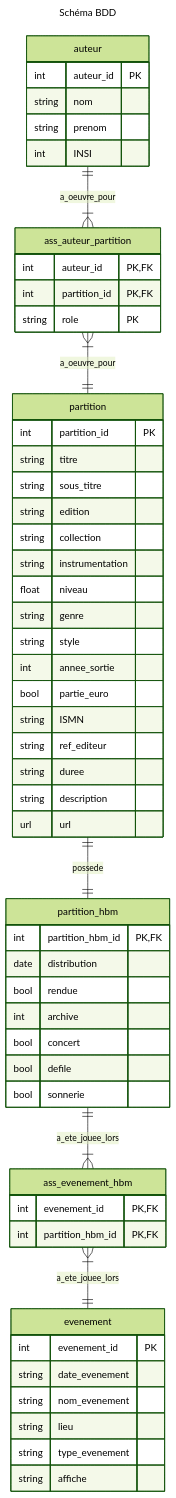
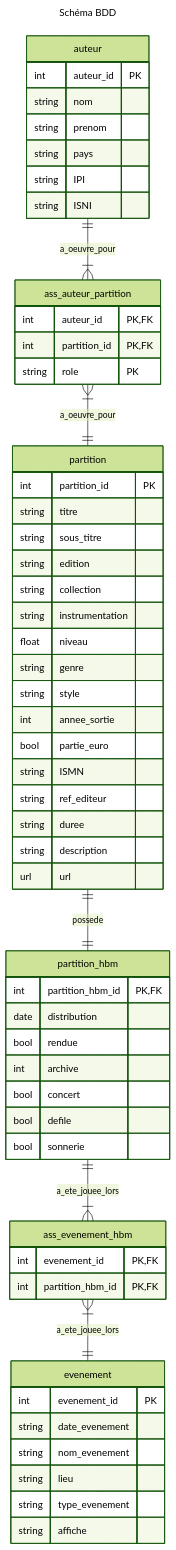
One commit to StephParc/certification changed the diagram in E4/schema.md. Above: the diagram before and after it, drawn with Mermaid (forest theme). The commit also changed 9 other files, not shown here.

````diff
--- a/E4/schema.md
+++ b/E4/schema.md
@@ -1,65 +1,67 @@
 ```mermaid
 ---
 title: Schéma BDD
 ---
 
 erDiagram
 
     auteur {
         int auteur_id PK
         string nom
         string prenom
-        int INSI
+        string pays
+        string IPI
+        string ISNI
     }
     partition{
         int partition_id PK
         string titre
         string sous_titre
         string edition
         string collection
         string instrumentation
         float niveau
         string genre
         string style
         int annee_sortie
         bool partie_euro
         string ISMN
         string ref_editeur
         string duree
         string description
         url url
     }
     partition_hbm {
         int partition_hbm_id PK, FK
         date distribution
         bool rendue
         int archive
         bool concert
         bool defile
         bool sonnerie 
     }
     evenement {
         int evenement_id PK
         string date_evenement
         string nom_evenement
         string lieu
         string type_evenement
         string affiche
     }
     ass_auteur_partition {
         int auteur_id PK, FK
         int partition_id PK, FK
         string role PK
     }
     ass_evenement_hbm {
         int evenement_id PK, FK
         int partition_hbm_id PK, FK
     }
 
     auteur ||--|{ ass_auteur_partition : a_oeuvre_pour
     ass_auteur_partition }|--|| partition : a_oeuvre_pour
     partition_hbm ||--|{ ass_evenement_hbm : a_ete_jouee_lors
     ass_evenement_hbm }|--|| evenement : a_ete_jouee_lors
     partition ||--|| partition_hbm : possede
 
 ``` 
````
